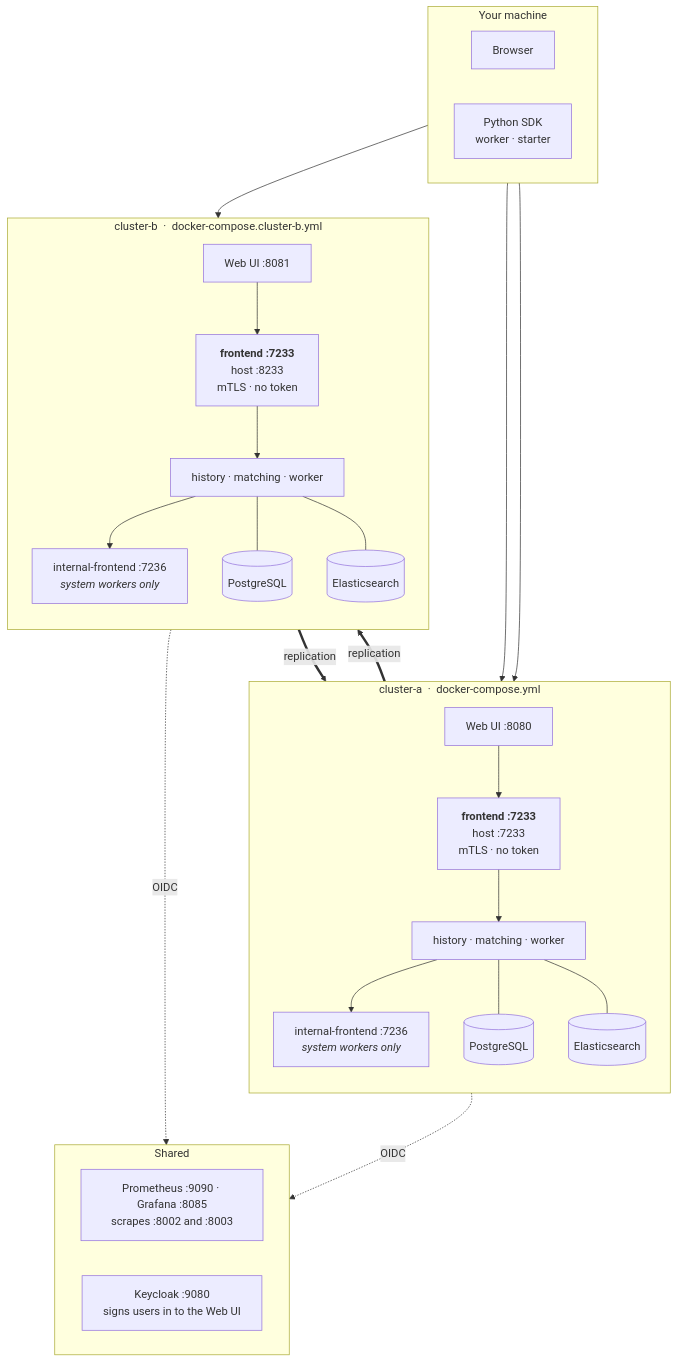
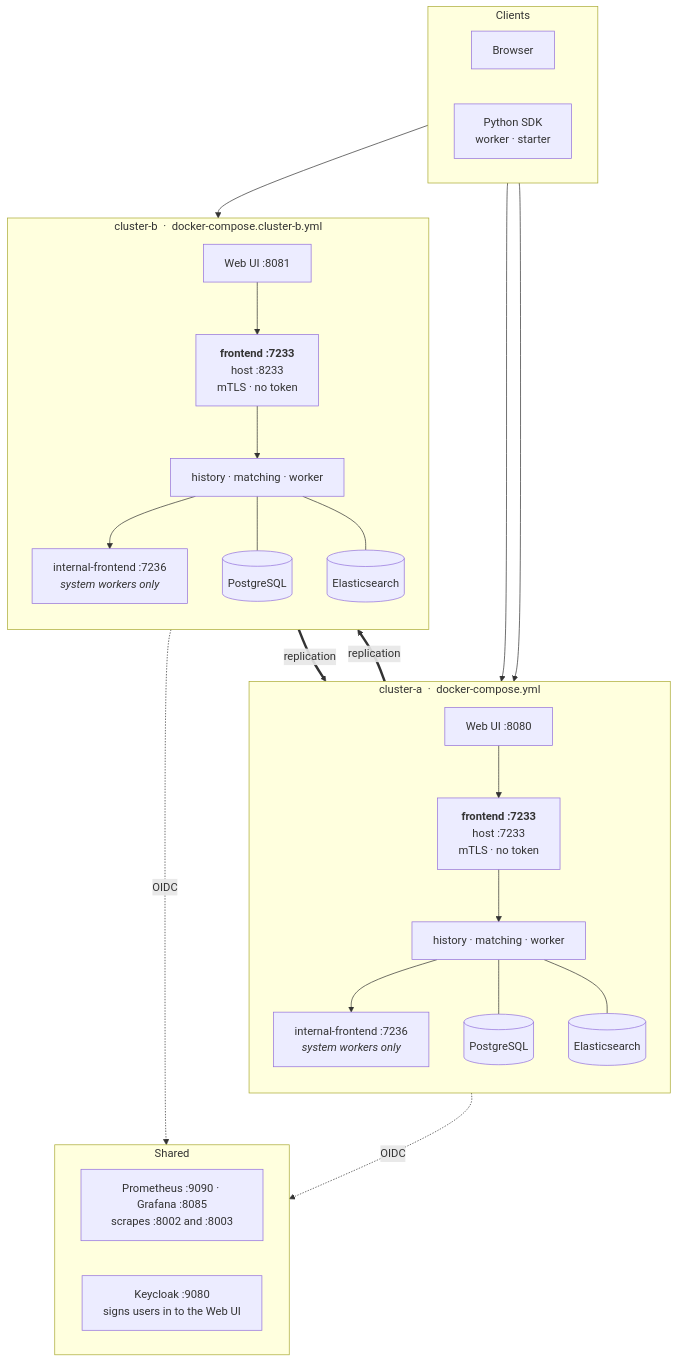
The first of 2 diagrams in README.md (adam-quan/temporal-replication-mtls), drawn with Mermaid before and after one commit. The commit also changed 2 other files, not shown here.

Commit message:
Rename the "Your machine" box to "Clients"
Renames the subgraph id from HOST to CLIENTS to match. Nothing referenced
the old id - the edges all point at BROWSER and SDK directly - so the rename
is confined to the one declaration.

````diff
--- a/README.md
+++ b/README.md
@@ -40,63 +40,63 @@
 ```mermaid
 flowchart TB
-    subgraph HOST["Your machine"]
+    subgraph CLIENTS["Clients"]
         direction LR
         BROWSER["Browser"]
         SDK["Python SDK<br/>worker · starter"]
     end
 
     subgraph CLA["cluster-a &nbsp;·&nbsp; docker-compose.yml"]
         direction TB
         UIA["Web UI :8080"]
         FA["<b>frontend :7233</b><br/>host :7233<br/>mTLS · no token"]
         COREA["history · matching · worker"]
         IFA["internal-frontend :7236<br/><i>system workers only</i>"]
         PGA[("PostgreSQL")]
         ESA[("Elasticsearch")]
     end
     subgraph CLB["cluster-b &nbsp;·&nbsp; docker-compose.cluster-b.yml"]
         direction TB
         UIB["Web UI :8081"]
         FB["<b>frontend :7233</b><br/>host :8233<br/>mTLS · no token"]
         COREB["history · matching · worker"]
         IFB["internal-frontend :7236<br/><i>system workers only</i>"]
         PGB[("PostgreSQL")]
         ESB[("Elasticsearch")]
     end
 
     subgraph SHARED["Shared"]
         direction LR
         PROM["Prometheus :9090 · Grafana :8085<br/>scrapes :8002 and :8003"]
         KC["Keycloak :9080<br/>signs users in to the Web UI"]
     end
 
     BROWSER --> UIA
     BROWSER --> UIB
     SDK --> FA
 
     UIA --> FA
     UIB --> FB
     FA --> COREA
     FB --> COREB
     COREA --> IFA
     COREB --> IFB
     COREA --- PGA
     COREA --- ESA
     COREB --- PGB
     COREB --- ESB
 
     %% Arrows follow the data. The connection is opened the other way round -
     %% each cluster's history service dials the peer's frontend - but drawing it
     %% that way makes dagre rank one cluster below the other, and the pair comes
     %% out staggered instead of side by side.
     FB ==>|"replication"| COREA
     FA ==>|"replication"| COREB
 
     %% Invisible links, purely for layout: without them the Shared box drifts up
     %% beside the clusters instead of sitting under them.
     IFA ~~~ PROM
     IFB ~~~ PROM
 
     UIA -.->|OIDC| KC
     UIB -.->|OIDC| KC
 ```
````
